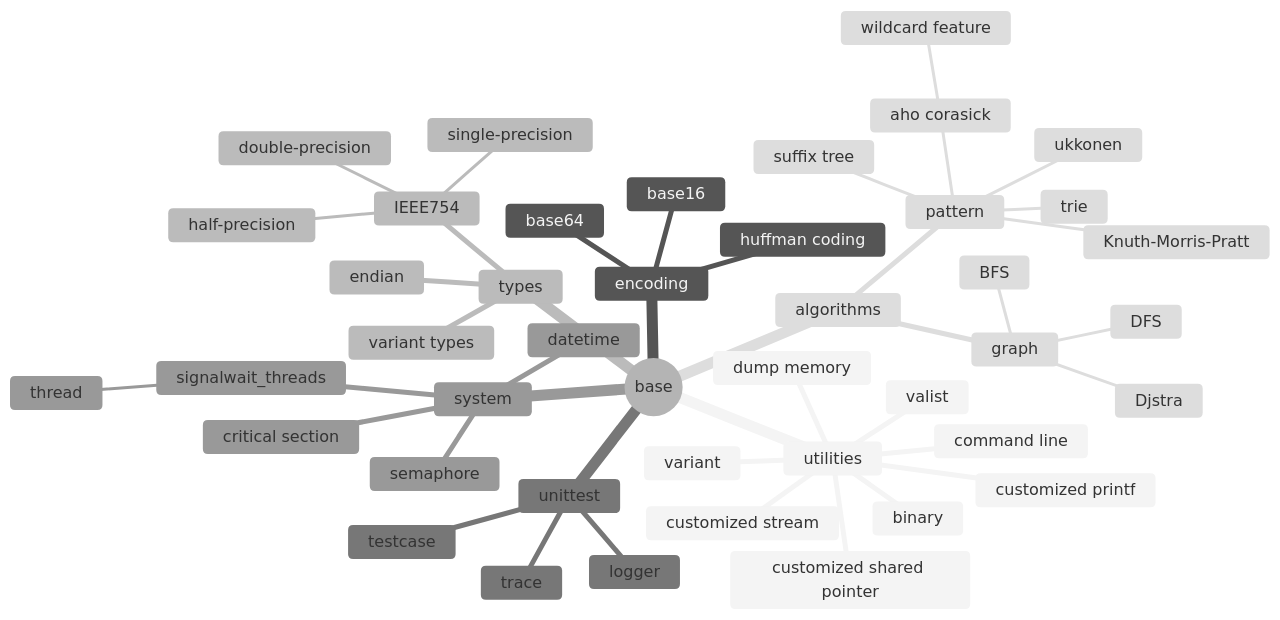
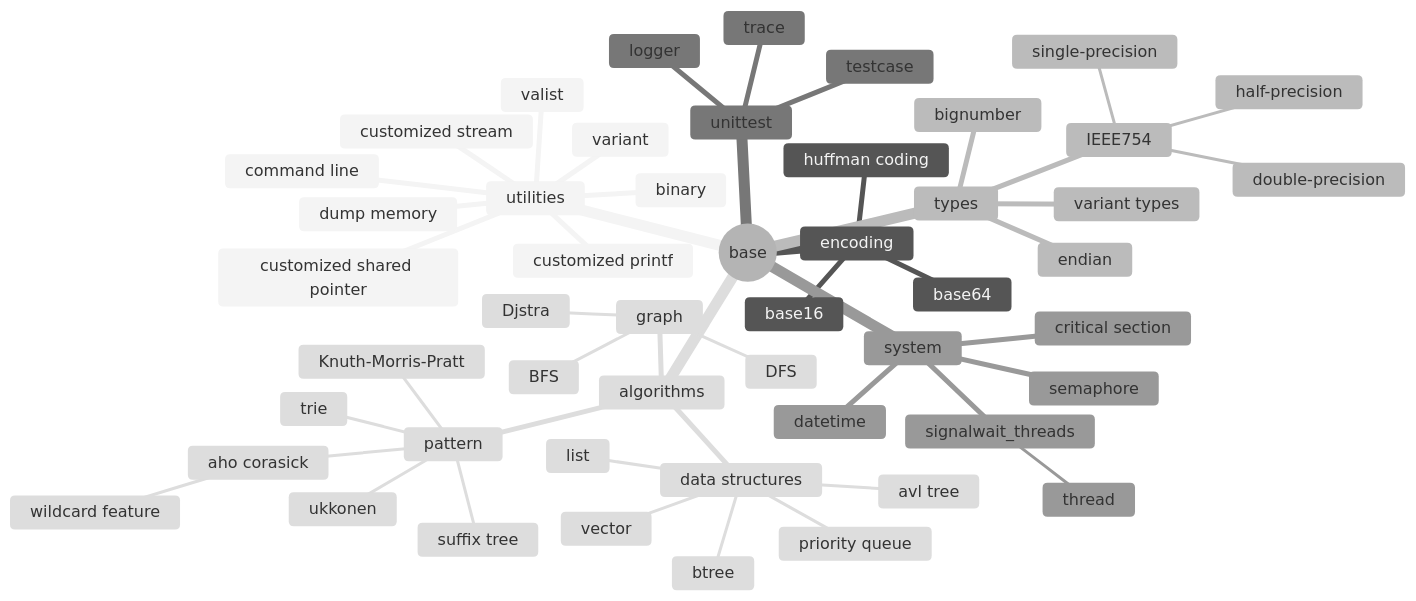
One commit to princeb612/hotplace changed the diagram in sdk/base/README.md. Above: the diagram before and after it, drawn with Mermaid (neutral theme). The commit also changed other lines of this file and 64 other files, not shown here.

````diff
--- a/sdk/base/README.md
+++ b/sdk/base/README.md
@@ -3,46 +3,53 @@
 ```mermaid
 mindmap
   root((base))
     utilities
       command line
       customized printf
       customized stream
       customized shared pointer
       dump memory
       binary
       variant
       valist
     encoding
       base16
       base64
       huffman coding
     types
       endian
       variant types
       IEEE754
         half-precision
         single-precision
         double-precision
+      bignumber
     unittest
       testcase
       logger
       trace
     system
       critical section
       semaphore
       datetime
       signalwait_threads
         thread
     algorithms
+      data structures
+        avl tree
+        btree
+        list
+        priority queue
+        vector
       pattern
         Knuth-Morris-Pratt
         trie
         suffix tree
         ukkonen
         aho corasick
           wildcard feature
       graph
         BFS
         DFS
         Djstra
 ```
````
